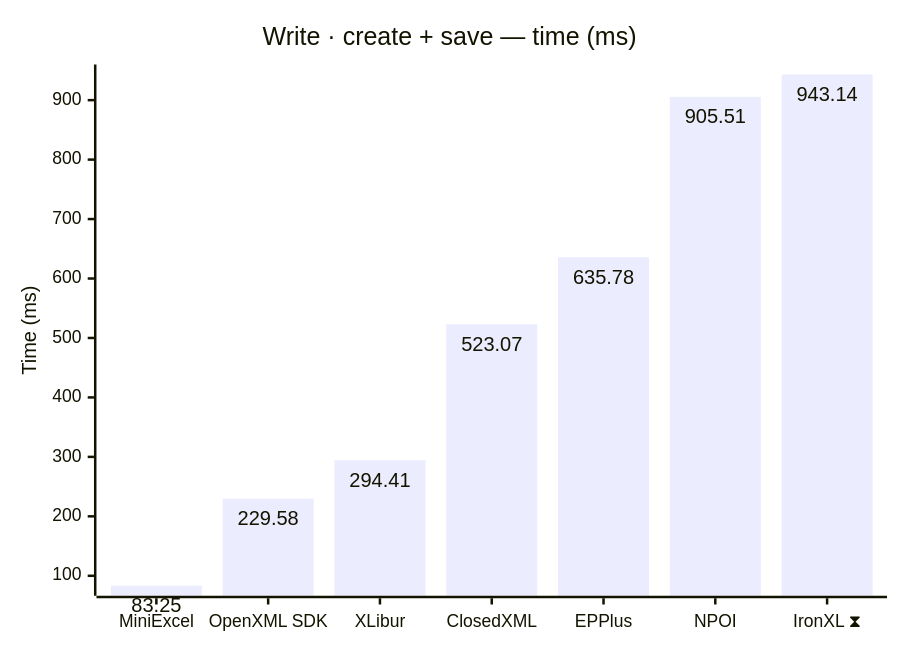
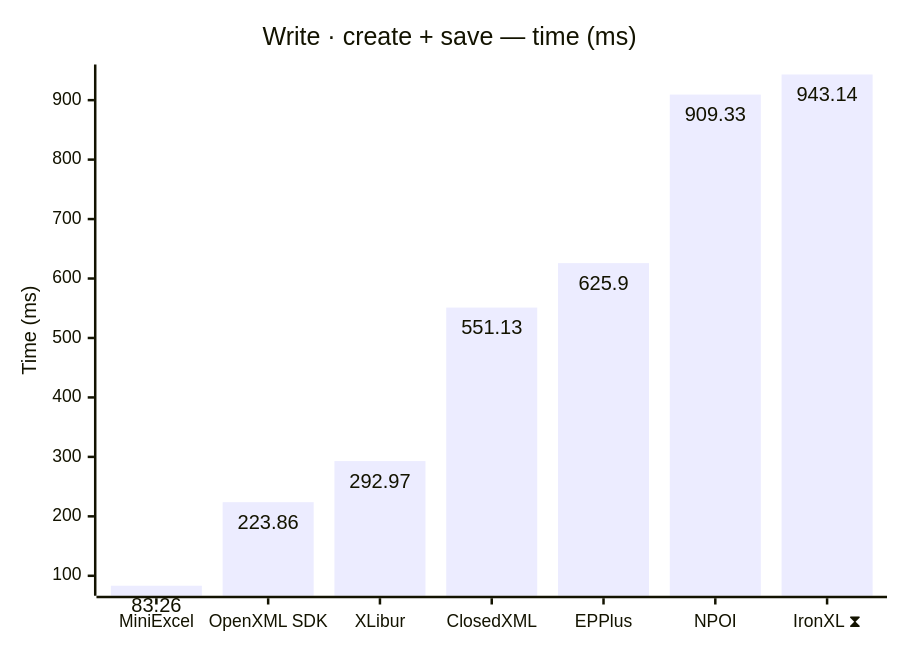
Before and after one commit to jafin/XLBench: the fifth of 12 diagrams in docs/results-ci.md, drawn with Mermaid. The commit also changed other lines of this file, not shown here.

````diff
--- a/docs/results-ci.md
+++ b/docs/results-ci.md
@@ -93,12 +93,12 @@
 ```mermaid
 ---
 config:
   xyChart:
     showDataLabel: true
 ---
 xychart-beta
     title "Write · create + save — time (ms)"
     x-axis ["MiniExcel", "OpenXML SDK", "XLibur", "ClosedXML", "EPPlus", "NPOI", "IronXL ⧗"]
     y-axis "Time (ms)"
-    bar [83.25, 229.58, 294.41, 523.07, 635.78, 905.51, 943.14]
+    bar [83.26, 223.86, 292.97, 551.13, 625.9, 909.33, 943.14]
 ```
````
